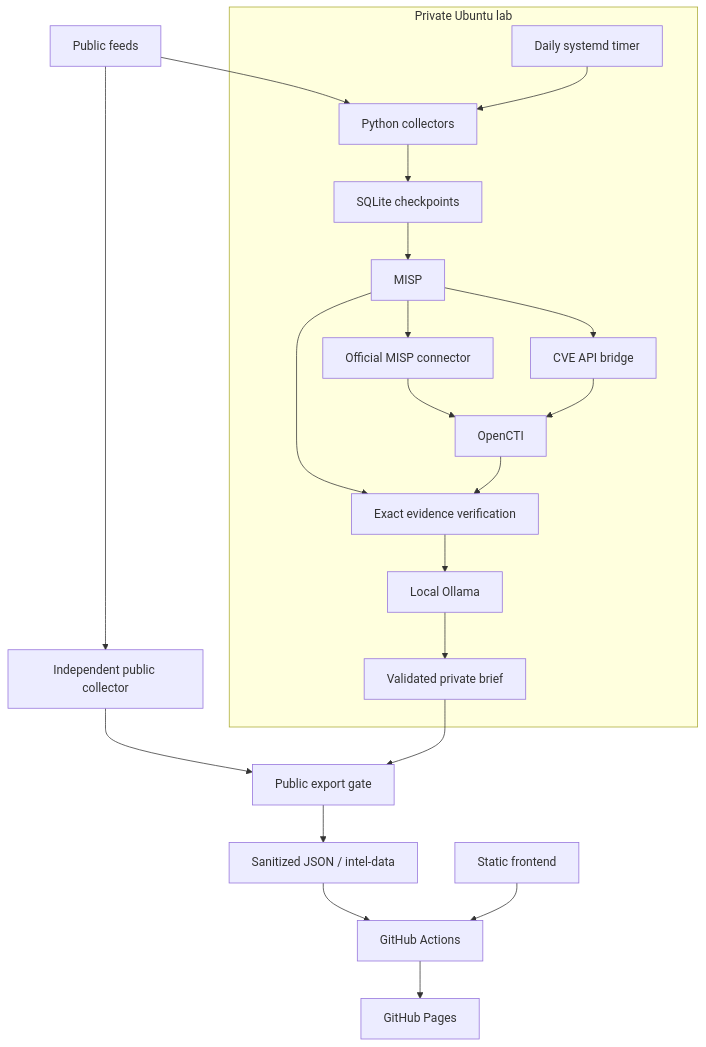
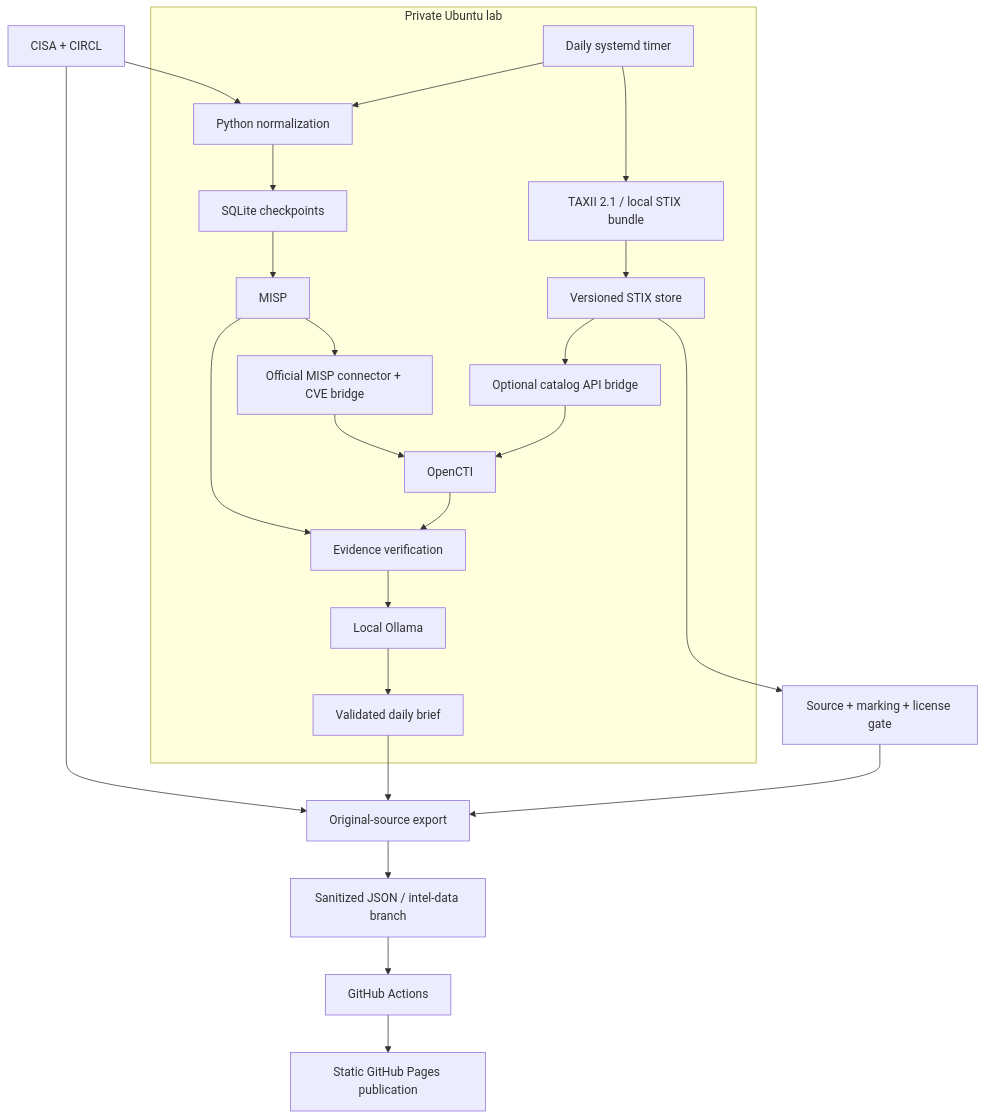
The diagram in README.md (bran-dot-flake/STIX-TAXII-Threat-Intel-Automated-Summary), drawn with Mermaid before and after one commit. The commit also changed other lines of this file and 30 other files, not shown here.

Commit message:
Refine EMBER into a compact publication and ingest versioned STIX over TAXII 2.1

````diff
--- a/README.md
+++ b/README.md
@@ -43,24 +41,26 @@
 ```mermaid
 flowchart TB
-  Feeds[Public feeds] --> Collect[Python collectors]
+  Feeds[CISA + CIRCL] --> Python[Python normalization]
   subgraph Lab[Private Ubuntu lab]
-    Collect --> SQLite[SQLite checkpoints]
-    SQLite --> MISP[MISP]
-    MISP --> Connector[Official MISP connector]
+    Python --> State[SQLite checkpoints]
+    State --> MISP[MISP]
+    MISP --> Connector[Official MISP connector + CVE bridge]
     Connector --> OpenCTI[OpenCTI]
-    MISP --> Bridge[CVE API bridge]
-    Bridge --> OpenCTI
-    MISP --> Verify[Exact evidence verification]
+    MISP --> Verify[Evidence verification]
     OpenCTI --> Verify
     Verify --> Ollama[Local Ollama]
-    Ollama --> Brief[Validated private brief]
-    Timer[Daily systemd timer] --> Collect
+    Ollama --> Brief[Validated daily brief]
+    TAXII[TAXII 2.1 / local STIX bundle] --> STIX[Versioned STIX store]
+    STIX --> Bridge[Optional catalog API bridge]
+    Bridge --> OpenCTI
+    Timer[Daily systemd timer] --> Python
+    Timer --> TAXII
   end
-  Feeds --> Public[Independent public collector]
-  Public --> Gate[Public export gate]
-  Brief --> Gate
-  Gate --> JSON[Sanitized JSON / intel-data]
+  Feeds --> Public[Original-source export]
+  Brief --> Public
+  STIX --> Gate[Source + marking + license gate]
+  Gate --> Public
+  Public --> JSON[Sanitized JSON / intel-data branch]
   JSON --> Actions[GitHub Actions]
-  Frontend[Static frontend] --> Actions
-  Actions --> Pages[GitHub Pages]
+  Actions --> Pages[Static GitHub Pages publication]
 ```
````
